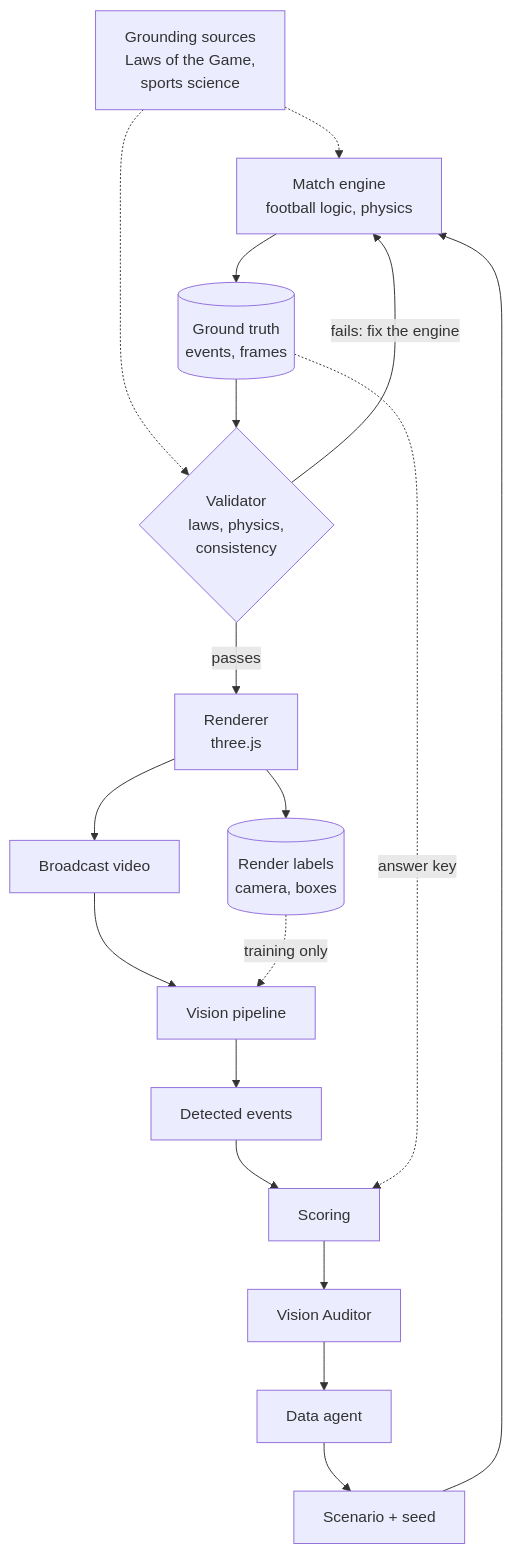
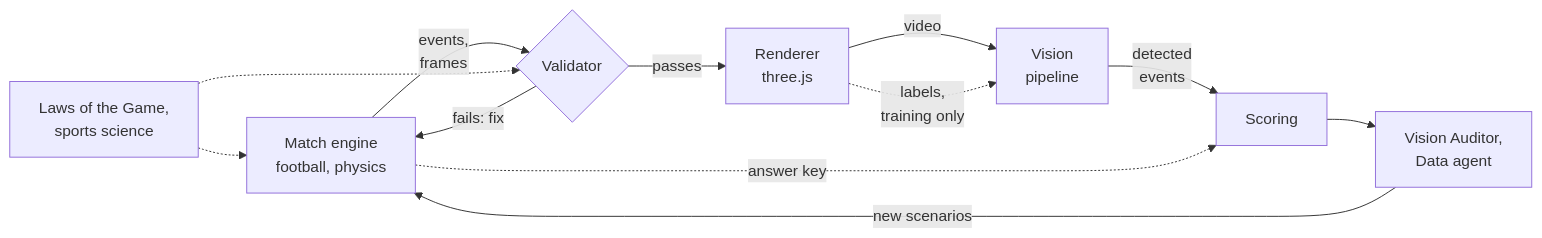
Before and after one commit to KLKH7/the-ninety-labs: the second of 5 diagrams in docs/ARCHITECTURE.md, drawn with Mermaid.

Commit message:
Architecture: pipeline diagram left to right so GitHub shows it whole

````diff
--- a/docs/ARCHITECTURE.md
+++ b/docs/ARCHITECTURE.md
@@ -61,19 +61,14 @@
 ```mermaid
-flowchart TB
-    SRC["Grounding sources<br/>Laws of the Game,<br/>sports science"]
-    SCN["Scenario + seed"] --> ENG["Match engine<br/>football logic, physics"]
+flowchart LR
+    SRC["Laws of the Game,<br/>sports science"]
+    ENG["Match engine<br/>football, physics"] -- "events,<br/>frames" --> VAL{"Validator"}
+    VAL -- passes --> REN["Renderer<br/>three.js"]
+    REN -- video --> VIS["Vision<br/>pipeline"]
+    VIS -- "detected<br/>events" --> SC["Scoring"]
     SRC -.-> ENG
     SRC -.-> VAL
-    ENG --> GT[("Ground truth<br/>events, frames")]
-    GT --> VAL{"Validator<br/>laws, physics,<br/>consistency"}
-    VAL -- "fails: fix the engine" --> ENG
-    VAL -- passes --> REN["Renderer<br/>three.js"]
-    REN --> VID["Broadcast video"]
-    REN --> LBL[("Render labels<br/>camera, boxes")]
-    VID --> VIS["Vision pipeline"]
-    VIS --> DET["Detected events"]
-    DET --> EVAL["Scoring"]
-    GT -. answer key .-> EVAL
-    LBL -. training only .-> VIS
-    EVAL --> AUD["Vision Auditor"] --> DATA["Data agent"] --> SCN
+    VAL -- "fails: fix" --> ENG
+    ENG -. answer key .-> SC
+    REN -. "labels,<br/>training only" .-> VIS
+    SC --> LOOP["Vision Auditor,<br/>Data agent"] -- "new scenarios" --> ENG
 ```
````
